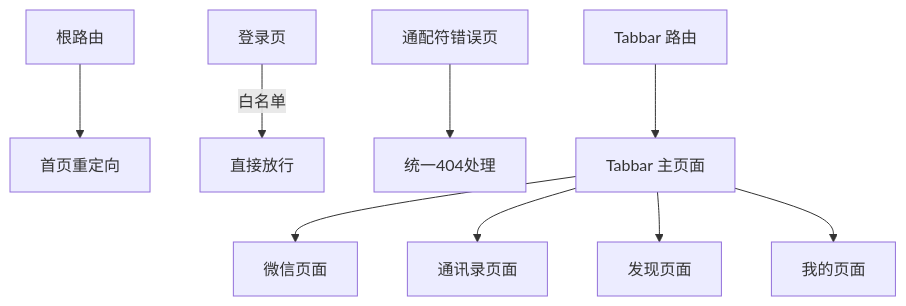
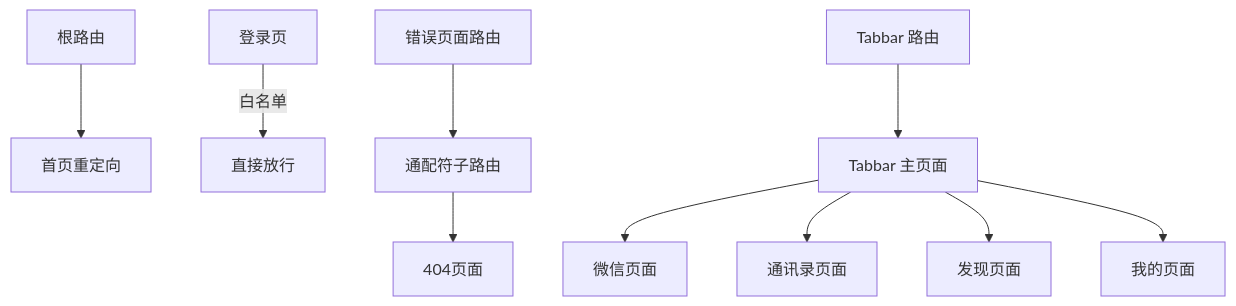
The fourth of 12 diagrams in .qoder/repowiki/zh/content/核心系统/路由系统.md (giserman001/vue3-vant4-mobile), drawn with Mermaid before and after one commit. The commit also changed other lines of this file and 13 other files, not shown here.

````diff
--- a/.qoder/repowiki/zh/content/核心系统/路由系统.md
+++ b/.qoder/repowiki/zh/content/核心系统/路由系统.md
@@ -263,11 +289,12 @@
 ```mermaid
 flowchart TD
 Root["根路由"] --> Home["首页重定向"]
 Login["登录页"] --> |白名单| Allow["直接放行"]
-Wildcard["通配符错误页"] --> Fallback["统一404处理"]
+Error["错误页面路由"] --> Wildcard["通配符子路由"]
+Wildcard --> NotFound["404页面"]
 Tabbar["Tabbar 路由"] --> Main["Tabbar 主页面"]
 Main --> WX["微信页面"]
 Main --> Address["通讯录页面"]
 Main --> Find["发现页面"]
 Main --> Mine["我的页面"]
 ```
````
